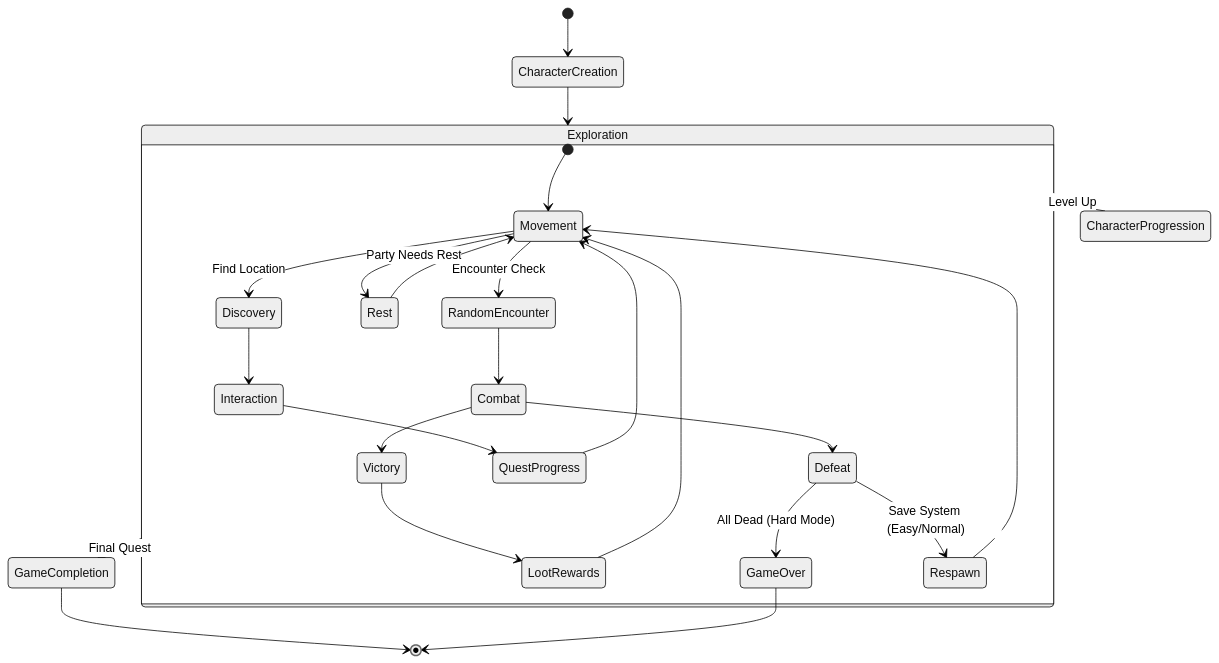
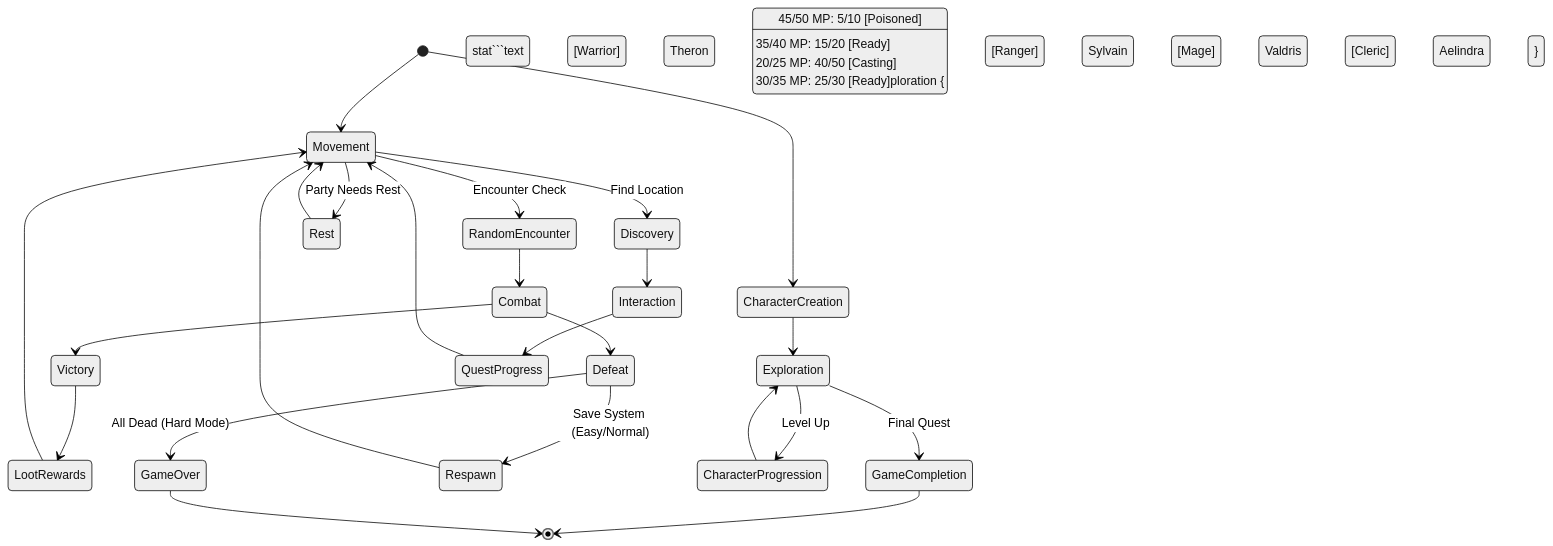
Before and after one commit to norvaldb/land-of-mist-unity: the first of 3 diagrams in Planning/GameDesign/core-mechanics.md, drawn with Mermaid (neutral theme). The commit also changed other lines of this file and 3 other files, not shown here.

````diff
--- a/Planning/GameDesign/core-mechanics.md
+++ b/Planning/GameDesign/core-mechanics.md
@@ -13,36 +13,40 @@
 ```mermaid
 stateDiagram-v2
     [*] --> CharacterCreation
     CharacterCreation --> Exploration
-    
-    state Exploration {
+
+    stat```text
+  [Warrior] Theron     HP: 45/50  MP: 5/10   [Poisoned]
+  [Ranger]  Sylvain    HP: 35/40  MP: 15/20  [Ready]
+  [Mage]    Valdris    HP: 20/25  MP: 40/50  [Casting]
+  [Cleric]  Aelindra   HP: 30/35  MP: 25/30  [Ready]ploration {
         [*] --> Movement
         Movement --> RandomEncounter: Encounter Check
         Movement --> Discovery: Find Location
         Movement --> Rest: Party Needs Rest
-        
+
         RandomEncounter --> Combat
         Discovery --> Interaction
         Rest --> Movement
-        
+
         Combat --> Victory
         Combat --> Defeat
         Victory --> LootRewards
         LootRewards --> Movement
-        
+
         Defeat --> GameOver: All Dead (Hard Mode)
         Defeat --> Respawn: Save System (Easy/Normal)
         Respawn --> Movement
-        
+
         Interaction --> QuestProgress
         QuestProgress --> Movement
     }
-    
+
     Exploration --> CharacterProgression: Level Up
     CharacterProgression --> Exploration
-    
+
     Exploration --> GameCompletion: Final Quest
     GameCompletion --> [*]
-    
+
     GameOver --> [*]
 ```
````
